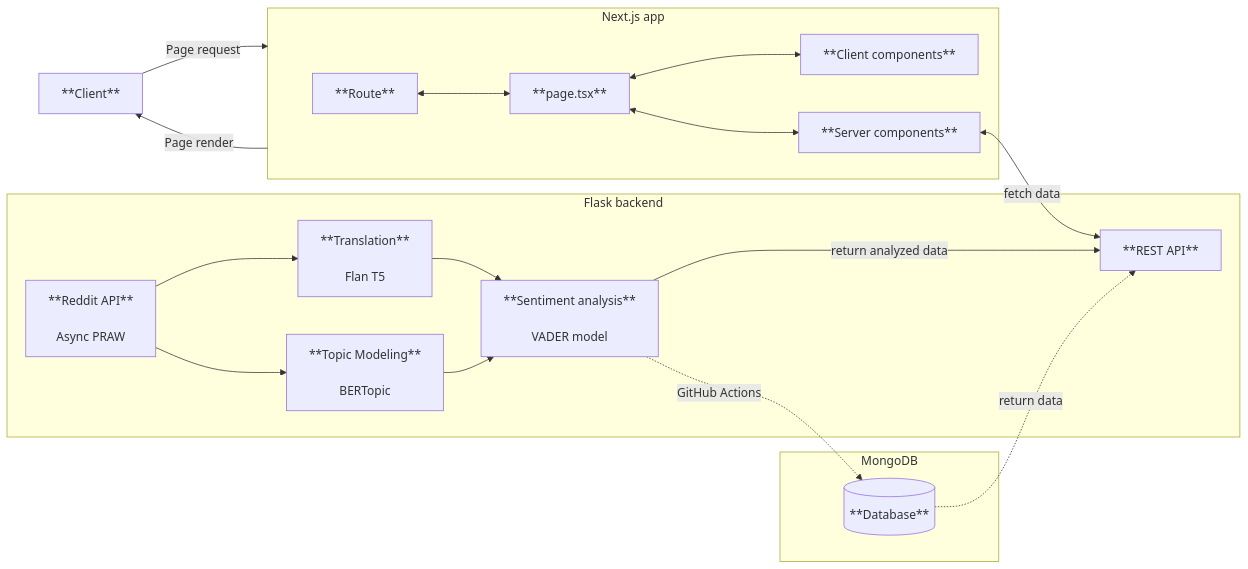
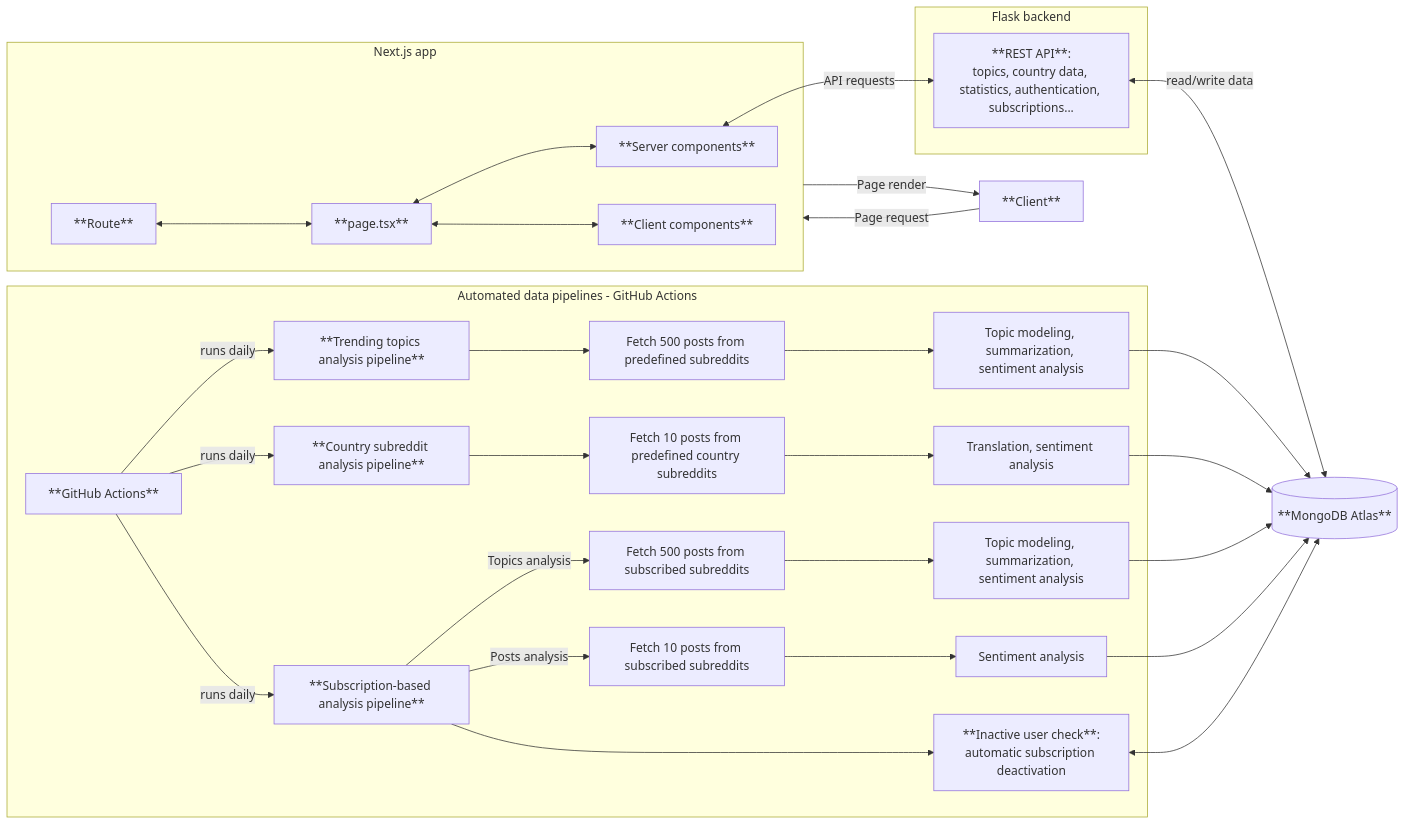
The diagram in profile/README.md (ohjelmistoprojekti-ii-reddit-app/.github), drawn with Mermaid before and after one commit.

Commit message:
Updated architecture chart

````diff
--- a/profile/README.md
+++ b/profile/README.md
@@ -16,42 +16,53 @@
 ```mermaid
 flowchart LR
-    %% Client node
-    A[**Client**] -- Page request --> B[Next.js]
-    B[Next.js] -- Page render -->A[**Client**]
+    %% Database
+    C1[(**MongoDB Atlas**)]
 
+    %% Connections
+    C7 <-- read/write data --> C1
+    E12 --> C1
+    E22 --> C1
+    E32 --> C1
+    E34 --> C1
+    E4 <--> C1
+
+    subgraph C[Flask backend]
+        C7[**REST API**:<br/>topics, country data, statistics, authentication, subscriptions...]
+    end
+    B4 <-- API requests --> C7
+
+    %% Automated pipelines
+    subgraph E[Automated data pipelines - GitHub Actions]
+        X[**GitHub Actions**]
+        X -- runs daily --> E1
+        X -- runs daily --> E2
+        X -- runs daily --> E3
+
+        E1[**Trending topics analysis pipeline**]
+        E2[**Country subreddit analysis pipeline**]
+        E3[**Subscription-based analysis pipeline**]
+        E4[**Inactive user check**:<br/>automatic subscription deactivation]
+
+        E1 --> E11[Fetch 500 posts from predefined subreddits] --> E12[Topic modeling, summarization, sentiment analysis]
+        E2 --> E21[Fetch 10 posts from predefined country subreddits] --> E22[Translation, sentiment analysis]
+        E3 -->|Topics analysis| E31[Fetch 500 posts from subscribed subreddits] --> E32[Topic modeling, summarization, sentiment analysis]
+        E3 -->|Posts analysis| E33[Fetch 10 posts from subscribed subreddits] --> E34[Sentiment analysis]
+        E3 --> E4
+    end
+  
     %% Next.js
     subgraph B[Next.js app]
         B1[**Route**]
         B2[**page.tsx**]
         B3[**Client components**]
         B4[**Server components**]
 
         B1 <--> B2
         B2 <--> B3
         B2 <--> B4 
     end
 
-    C[Flask Backend]
-
-    %% Flask
-    subgraph C[Flask backend]
-        C1[**Reddit API**<br/><br/>Async PRAW<br/>]
-        C2[**Topic Modeling**<br/><br/>BERTopic<br/>]
-        C3[**Sentiment analysis**<br/><br/>VADER model<br/>]
-        C4[**Translation**<br/><br/>Flan T5<br/>]
-        C5[**REST API**]
-        B4<-- fetch data --> C5
-        C1 --> C4 --> C3 -- return analyzed data --> C5
-        C1 --> C2 --> C3
-    end
-
-    D[Sprint 2]
-
-    %% Sprint 2
-    subgraph D[MongoDB]
-        D1[(**Database**)]
-
-        C3 -. GitHub Actions .-> D1
-        D1 -. return data .-> C5
-    end
+    %% Client node
+    A[**Client**] -- Page request --> B[Next.js]
+    B[Next.js] -- Page render -->A[**Client**]  
 ```
````
